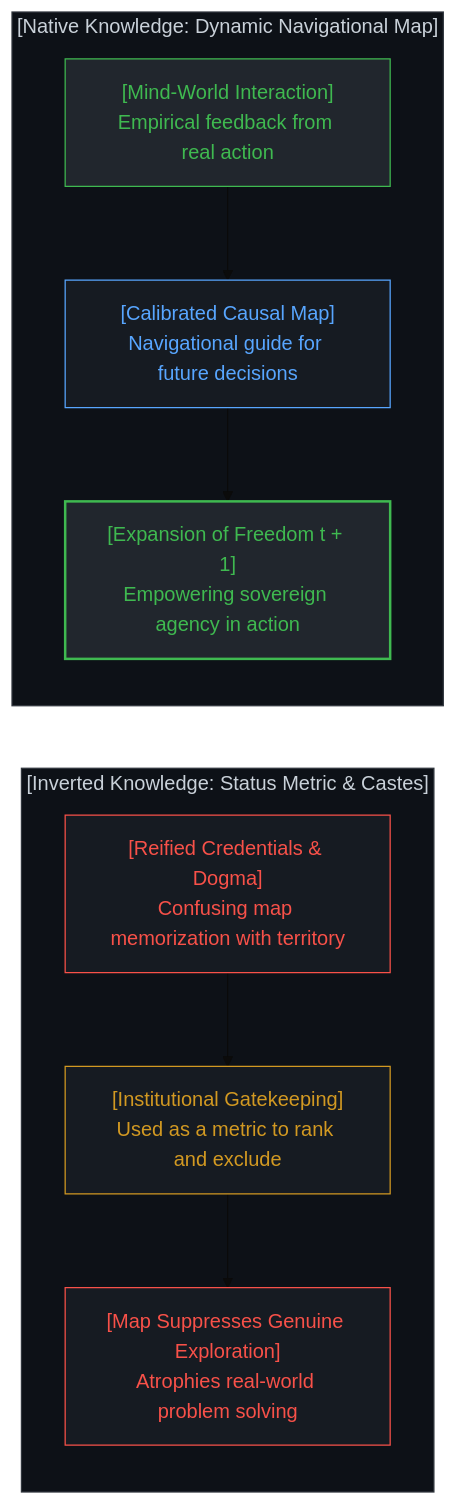
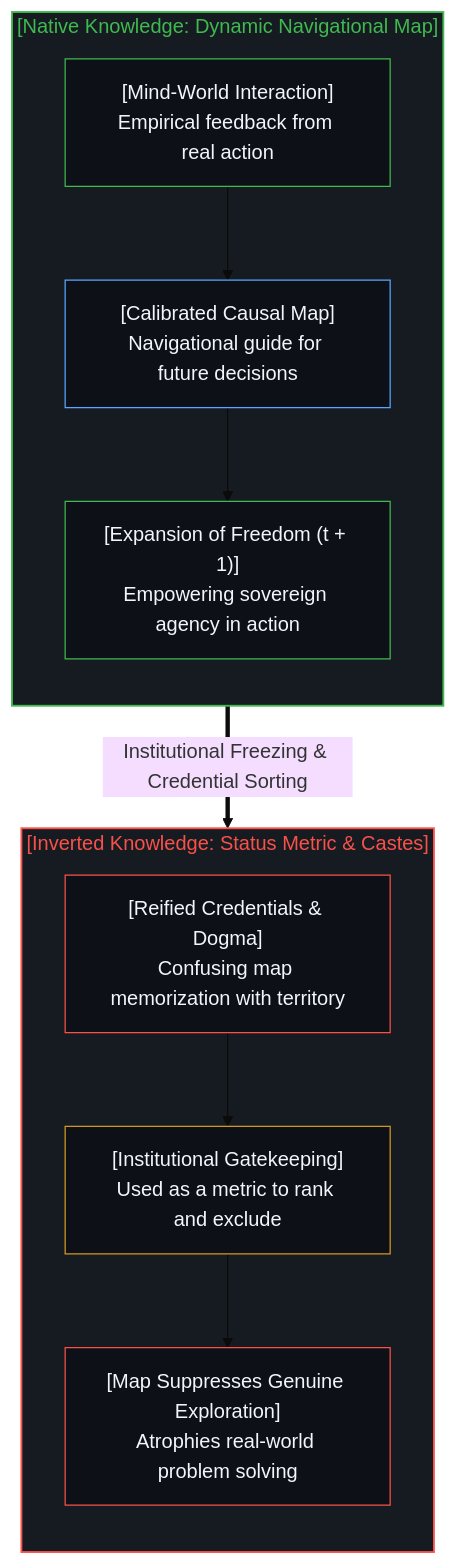
The eighth of 16 diagrams in content/posts/the-dissolution-of-the-great-reversal.md (powerpig99/not-a-toe), drawn with Mermaid (base theme) before and after one commit. The commit also changed other lines of this file and 11 other files, not shown here.

````diff
--- a/content/posts/the-dissolution-of-the-great-reversal.md
+++ b/content/posts/the-dissolution-of-the-great-reversal.md
@@ -352,31 +305,31 @@
 ```mermaid
-graph TD
-    subgraph OriginMap["[Native Knowledge: Dynamic Navigational Map]"]
+flowchart TD
+    subgraph S_OriginMap["[Native Knowledge: Dynamic Navigational Map]"]
         direction TB
-        MindWorldInteraction["[Mind-World Interaction]<br>Empirical feedback from real action"]
-        DynamicNavMap["[Calibrated Causal Map]<br>Navigational guide for future decisions"]
-        ExpandingFreedom["[Expansion of Freedom t + 1]<br>Empowering sovereign agency in action"]
+        MindWorldInteraction["[Mind-World Interaction]<br/>Empirical feedback from real action"]
+        DynamicNavMap["[Calibrated Causal Map]<br/>Navigational guide for future decisions"]
+        ExpandingFreedom["[Expansion of Freedom (t + 1)]<br/>Empowering sovereign agency in action"]
         MindWorldInteraction --> DynamicNavMap
         DynamicNavMap --> ExpandingFreedom
     end
 
-    subgraph InvertedHierarchy["[Inverted Knowledge: Status Metric & Castes]"]
+    S_OriginMap ==>|"Institutional Freezing & Credential Sorting"| S_InvertedHierarchy
+
+    subgraph S_InvertedHierarchy["[Inverted Knowledge: Status Metric & Castes]"]
         direction TB
-        ReifiedCredentials["[Reified Credentials & Dogma]<br>Confusing map memorization with territory"]
-        InstitutionalRanking["[Institutional Gatekeeping]<br>Used as a metric to rank and exclude"]
-        DogmaticStagnation["[Map Suppresses Genuine Exploration]<br>Atrophies real-world problem solving"]
+        ReifiedCredentials["[Reified Credentials & Dogma]<br/>Confusing map memorization with territory"]
+        InstitutionalRanking["[Institutional Gatekeeping]<br/>Used as a metric to rank and exclude"]
+        DogmaticStagnation["[Map Suppresses Genuine Exploration]<br/>Atrophies real-world problem solving"]
         ReifiedCredentials --> InstitutionalRanking
         InstitutionalRanking --> DogmaticStagnation
     end
 
-    ExpandingFreedom ~~~ ReifiedCredentials
-
-    style OriginMap fill:#0d1117,stroke:#30363d,stroke-width:1px,color:#c9d1d9
-    style MindWorldInteraction fill:#21262d,stroke:#3fb950,stroke-width:1px,color:#3fb950
-    style DynamicNavMap fill:#161b22,stroke:#58a6ff,stroke-width:1px,color:#58a6ff
-    style ExpandingFreedom fill:#21262d,stroke:#3fb950,stroke-width:2px,color:#3fb950
-    style InvertedHierarchy fill:#0d1117,stroke:#30363d,stroke-width:1px,color:#c9d1d9
-    style ReifiedCredentials fill:#161b22,stroke:#f85149,stroke-width:1px,color:#f85149
-    style InstitutionalRanking fill:#161b22,stroke:#d29922,stroke-width:1px,color:#d29922
-    style DogmaticStagnation fill:#161b22,stroke:#f85149,stroke-width:1px,color:#f85149
+    style S_OriginMap fill:#161b22,stroke:#3fb950,stroke-width:1.5px,color:#3fb950
+    style S_InvertedHierarchy fill:#161b22,stroke:#f85149,stroke-width:1.5px,color:#f85149
+    style MindWorldInteraction fill:#0d1117,stroke:#3fb950,stroke-width:1px,color:#f0f6fc
+    style DynamicNavMap fill:#0d1117,stroke:#58a6ff,stroke-width:1px,color:#f0f6fc
+    style ExpandingFreedom fill:#0d1117,stroke:#3fb950,stroke-width:1px,color:#f0f6fc
+    style ReifiedCredentials fill:#0d1117,stroke:#f85149,stroke-width:1px,color:#f0f6fc
+    style InstitutionalRanking fill:#0d1117,stroke:#d29922,stroke-width:1px,color:#f0f6fc
+    style DogmaticStagnation fill:#0d1117,stroke:#f85149,stroke-width:1px,color:#f0f6fc
 ```
````
